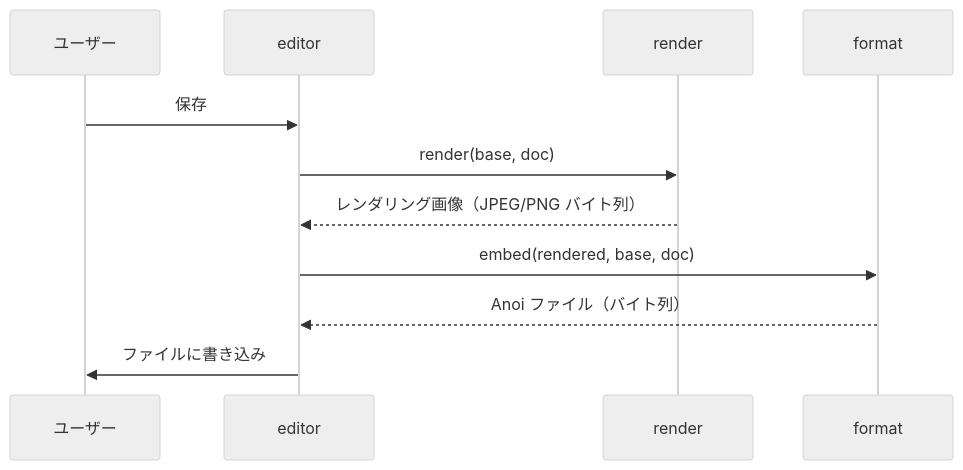
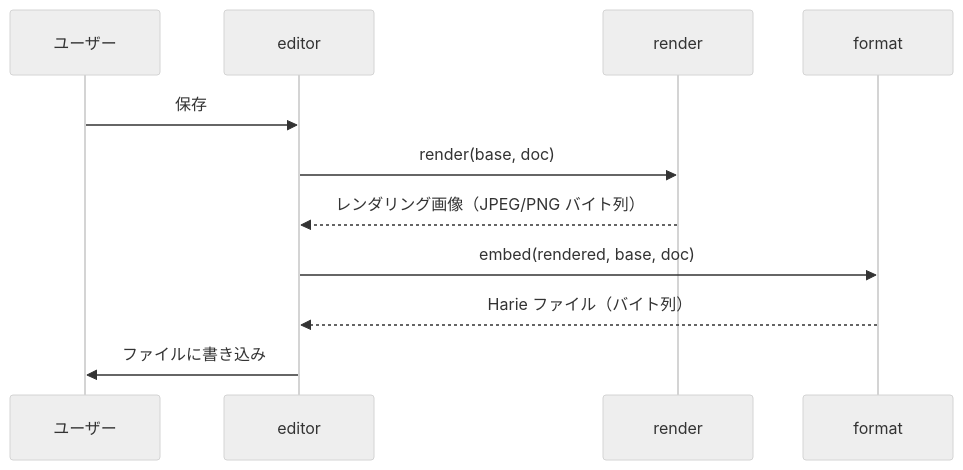
The second of 2 diagrams in docs/03-design/architecture.md (hosshan/harie), drawn with Mermaid (neutral theme) before and after one commit. The commit also changed other lines of this file and 58 other files, not shown here.

````diff
--- a/docs/03-design/architecture.md
+++ b/docs/03-design/architecture.md
@@ -63,13 +63,13 @@
 ```mermaid
 sequenceDiagram
   participant U as ユーザー
   participant E as editor
   participant R as render
   participant F as format
   U->>E: 保存
   E->>R: render(base, doc)
   R-->>E: レンダリング画像（JPEG/PNG バイト列）
   E->>F: embed(rendered, base, doc)
-  F-->>E: Anoi ファイル（バイト列）
+  F-->>E: Harie ファイル（バイト列）
   E->>U: ファイルに書き込み
 ```
````
